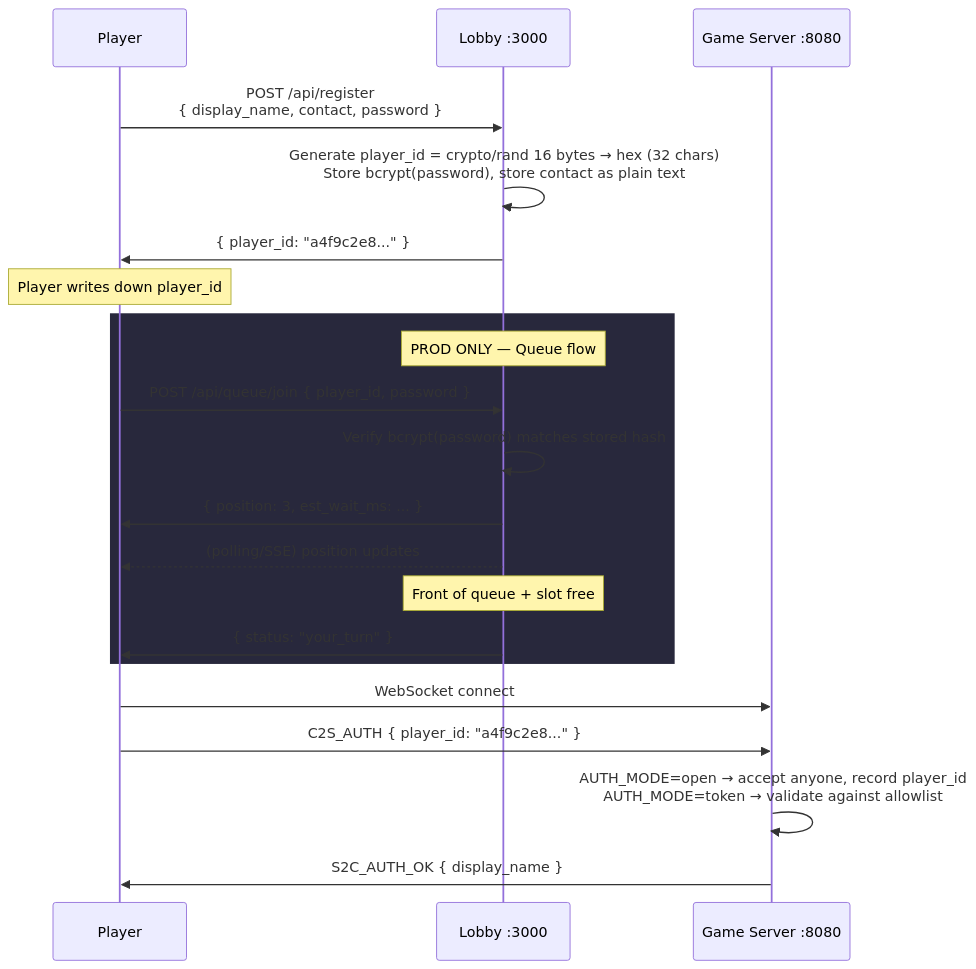
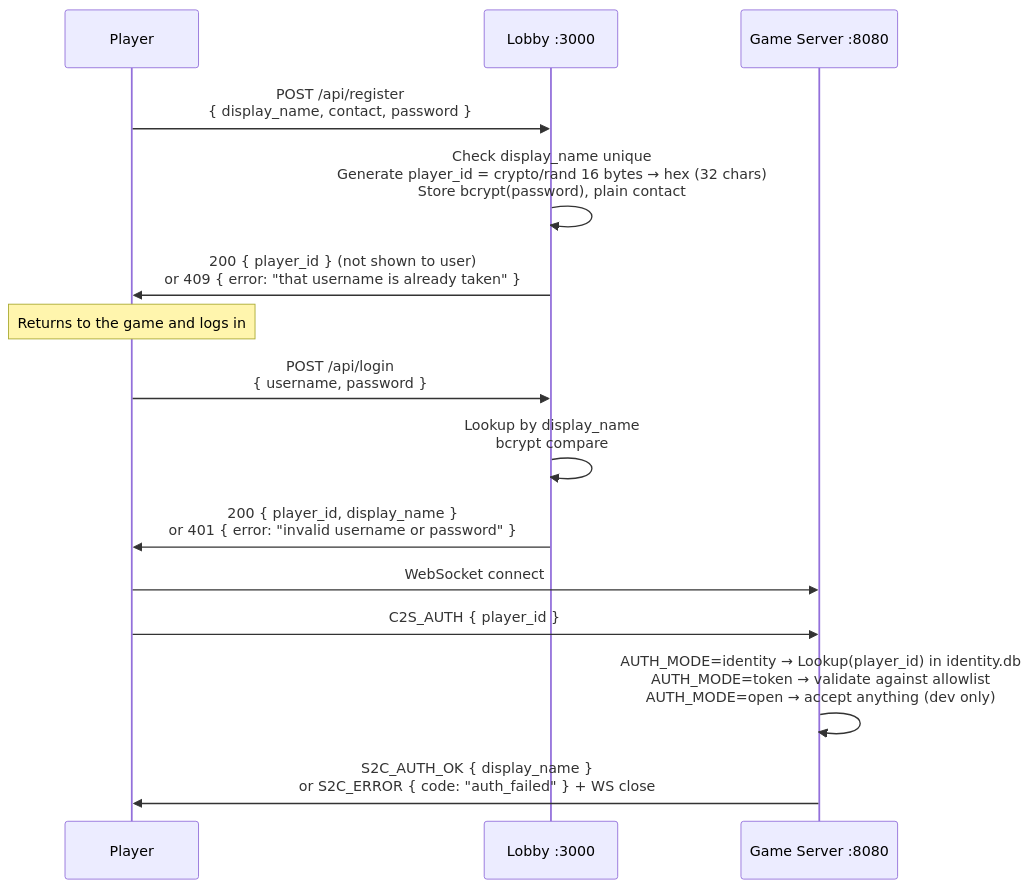
One commit to NUSGreyhats/dcsg-vibecat-404 changed the diagram in docs/specs/foundations/03-identity-auth.md. Above: the diagram before and after it, drawn with Mermaid. The commit also changed other lines of this file and 8 other files, not shown here.

First line of the commit message:
Force registration: username+password login replaces raw player_id

````diff
--- a/docs/specs/foundations/03-identity-auth.md
+++ b/docs/specs/foundations/03-identity-auth.md
@@ -25,27 +26,21 @@
 ```mermaid
 sequenceDiagram
     participant P as Player
     participant Q as Lobby :3000
     participant G as Game Server :8080
 
     P->>Q: POST /api/register<br/>{ display_name, contact, password }
-    Q->>Q: Generate player_id = crypto/rand 16 bytes → hex (32 chars)<br/>Store bcrypt(password), store contact as plain text
-    Q->>P: { player_id: "a4f9c2e8..." }
+    Q->>Q: Check display_name unique<br/>Generate player_id = crypto/rand 16 bytes → hex (32 chars)<br/>Store bcrypt(password), plain contact
+    Q->>P: 200 { player_id } (not shown to user)<br/>or 409 { error: "that username is already taken" }
 
-    Note over P: Player writes down player_id
+    Note over P: Returns to the game and logs in
 
-    rect rgb(40, 40, 60)
-        Note over Q: PROD ONLY — Queue flow
-        P->>Q: POST /api/queue/join { player_id, password }
-        Q->>Q: Verify bcrypt(password) matches stored hash
-        Q->>P: { position: 3, est_wait_ms: ... }
-        Q-->>P: (polling/SSE) position updates
-        Note over Q: Front of queue + slot free
-        Q->>P: { status: "your_turn" }
-    end
+    P->>Q: POST /api/login<br/>{ username, password }
+    Q->>Q: Lookup by display_name<br/>bcrypt compare
+    Q->>P: 200 { player_id, display_name }<br/>or 401 { error: "invalid username or password" }
 
     P->>G: WebSocket connect
-    P->>G: C2S_AUTH { player_id: "a4f9c2e8..." }
-    G->>G: AUTH_MODE=open → accept anyone, record player_id<br/>AUTH_MODE=token → validate against allowlist
-    G->>P: S2C_AUTH_OK { display_name }
+    P->>G: C2S_AUTH { player_id }
+    G->>G: AUTH_MODE=identity → Lookup(player_id) in identity.db<br/>AUTH_MODE=token → validate against allowlist<br/>AUTH_MODE=open → accept anything (dev only)
+    G->>P: S2C_AUTH_OK { display_name }<br/>or S2C_ERROR { code: "auth_failed" } + WS close
 ```
````
